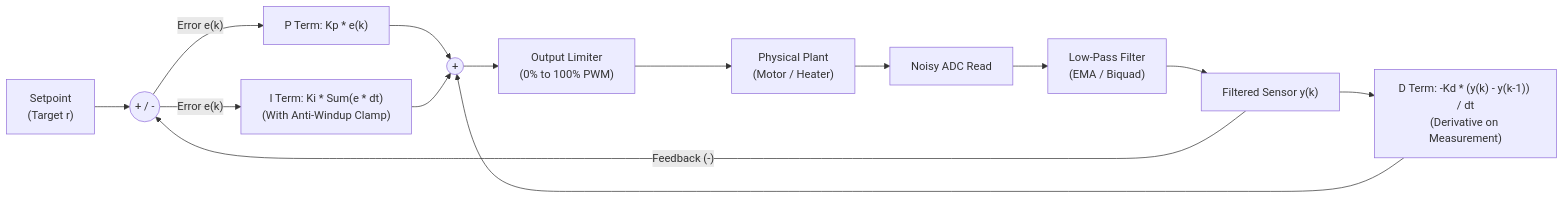
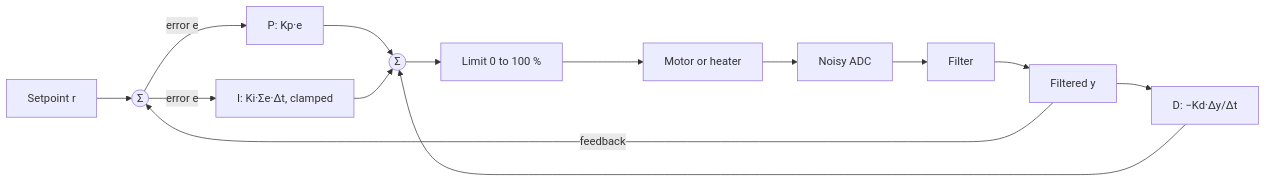
One commit to markbac/posters changed the diagram in posters/embedded/hardware/pid-filtering.md. Above: the diagram before and after it, drawn with Mermaid. The commit also changed other lines of this file and 57 other files, not shown here.

````diff
--- a/posters/embedded/hardware/pid-filtering.md
+++ b/posters/embedded/hardware/pid-filtering.md
@@ -45,14 +35,10 @@
 ```mermaid
 flowchart LR
-  SP["Setpoint\n(Target r)"] --> Sum(("+ / -"))
-  Sum -->|"Error e(k)"| P["P Term: Kp * e(k)"]
-  Sum -->|"Error e(k)"| I["I Term: Ki * Sum(e * dt)\n(With Anti-Windup Clamp)"]
-  Meas["Filtered Sensor y(k)"] --> D["D Term: -Kd * (y(k) - y(k-1)) / dt\n(Derivative on Measurement)"]
-  P & I & D --> Add(("+"))
-  Add --> Clamp["Output Limiter\n(0% to 100% PWM)"]
-  Clamp --> Plant["Physical Plant\n(Motor / Heater)"]
-  Plant --> ADC["Noisy ADC Read"]
-  ADC --> LPF["Low-Pass Filter\n(EMA / Biquad)"]
-  LPF --> Meas
-  Meas -->|"Feedback (-)"| Sum
+  SP["Setpoint r"] --> Sum(("Σ"))
+  Sum -->|"error e"| P["P: Kp·e"]
+  Sum -->|"error e"| I["I: Ki·Σe·Δt, clamped"]
+  Meas["Filtered y"] --> D["D: −Kd·Δy/Δt"]
+  P & I & D --> Add(("Σ"))
+  Add --> Lim["Limit 0 to 100 %"] --> Plant["Motor or heater"] --> ADC["Noisy ADC"] --> LPF["Filter"] --> Meas
+  Meas -->|"feedback"| Sum
 ```
````
